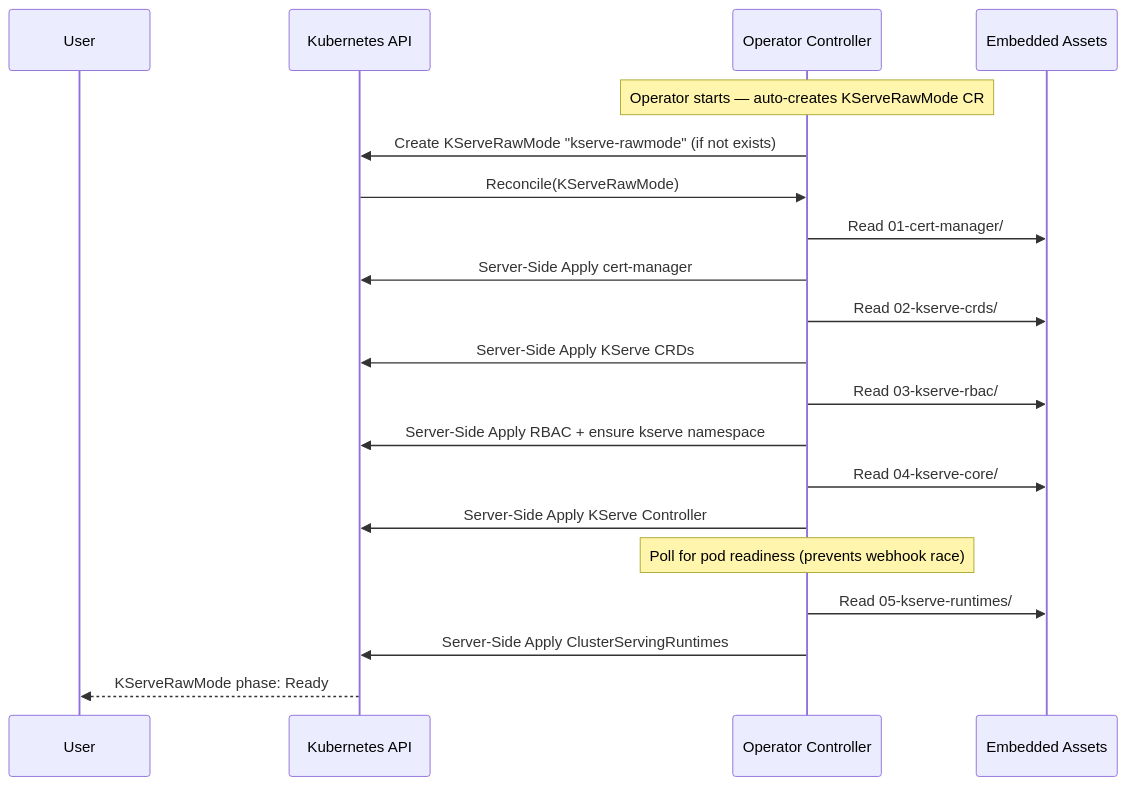
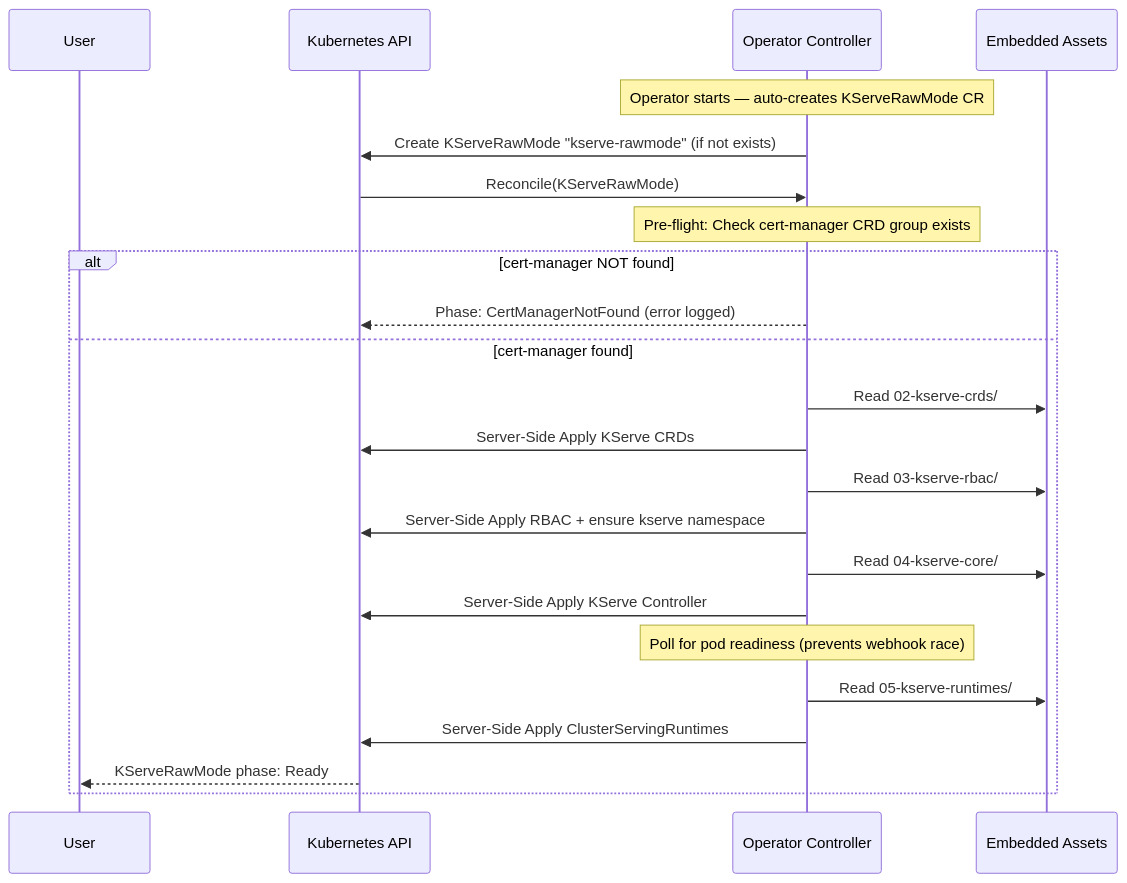
One commit to skyakash/kserve-op changed the second of 2 diagrams in architecture-diagram.md. Above: the diagram before and after it, drawn with Mermaid. The commit also changed other lines of this file and 4 other files, not shown here.

````diff
--- a/architecture-diagram.md
+++ b/architecture-diagram.md
@@ -78,23 +78,26 @@
 ```mermaid
 sequenceDiagram
     participant User
     participant K8s as Kubernetes API
     participant Ctrl as Operator Controller
     participant Assets as Embedded Assets
 
     Note over Ctrl: Operator starts — auto-creates KServeRawMode CR
     Ctrl->>K8s: Create KServeRawMode "kserve-rawmode" (if not exists)
     K8s->>Ctrl: Reconcile(KServeRawMode)
-    Ctrl->>Assets: Read 01-cert-manager/
-    Ctrl->>K8s: Server-Side Apply cert-manager
+    Note over Ctrl: Pre-flight: Check cert-manager CRD group exists
+    alt cert-manager NOT found
+        Ctrl-->>K8s: Phase: CertManagerNotFound (error logged)
+    else cert-manager found
     Ctrl->>Assets: Read 02-kserve-crds/
     Ctrl->>K8s: Server-Side Apply KServe CRDs
     Ctrl->>Assets: Read 03-kserve-rbac/
     Ctrl->>K8s: Server-Side Apply RBAC + ensure kserve namespace
     Ctrl->>Assets: Read 04-kserve-core/
     Ctrl->>K8s: Server-Side Apply KServe Controller
     Note over Ctrl: Poll for pod readiness (prevents webhook race)
     Ctrl->>Assets: Read 05-kserve-runtimes/
     Ctrl->>K8s: Server-Side Apply ClusterServingRuntimes
     K8s-->>User: KServeRawMode phase: Ready
+    end
 ```
````
